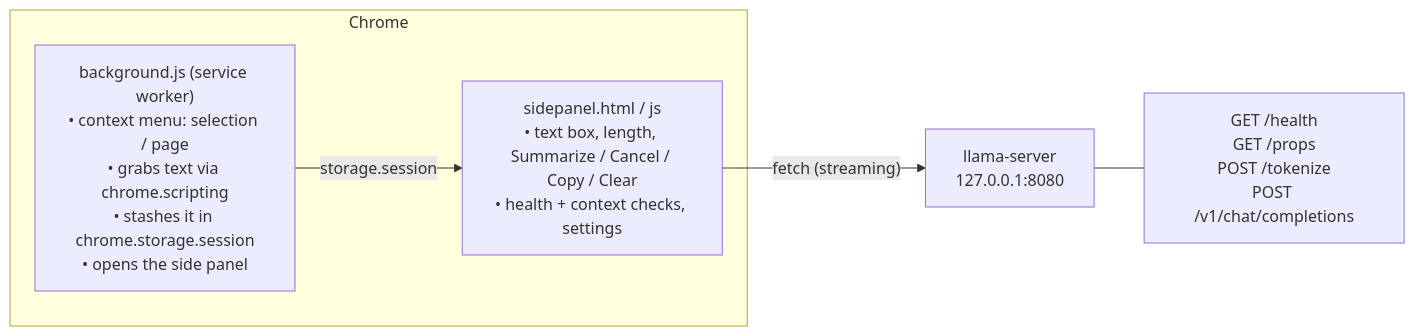
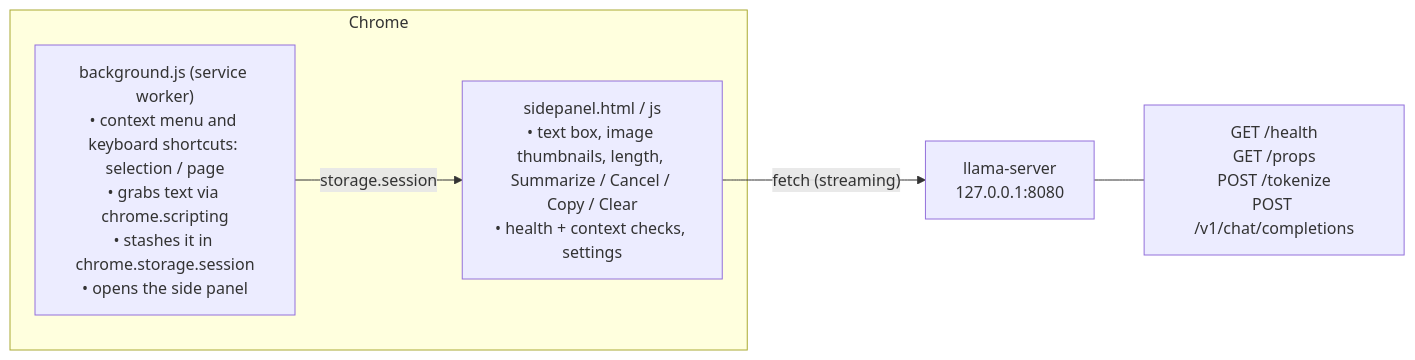
One commit to SeanLangre/quick-summarize changed the first of 3 diagrams in README.md. Above: the diagram before and after it, drawn with Mermaid. The commit also changed other lines of this file and 4 other files, not shown here.

Commit message:
Add keyboard shortcuts for summarization and update README and TODO

````diff
--- a/README.md
+++ b/README.md
@@ -69,10 +70,10 @@
 ```mermaid
 flowchart LR
     subgraph Chrome
-        BG["background.js (service worker)<br/>• context menu: selection / page<br/>• grabs text via chrome.scripting<br/>• stashes it in chrome.storage.session<br/>• opens the side panel"]
-        SP["sidepanel.html / js<br/>• text box, length, Summarize / Cancel / Copy / Clear<br/>• health + context checks, settings"]
+        BG["background.js (service worker)<br/>• context menu and keyboard shortcuts: selection / page<br/>• grabs text via chrome.scripting<br/>• stashes it in chrome.storage.session<br/>• opens the side panel"]
+        SP["sidepanel.html / js<br/>• text box, image thumbnails, length, Summarize / Cancel / Copy / Clear<br/>• health + context checks, settings"]
         BG -- "storage.session" --> SP
     end
     SP -- "fetch (streaming)" --> LS["llama-server<br/>127.0.0.1:8080"]
     LS --- E["GET /health<br/>GET /props<br/>POST /tokenize<br/>POST /v1/chat/completions"]
 ```
````
